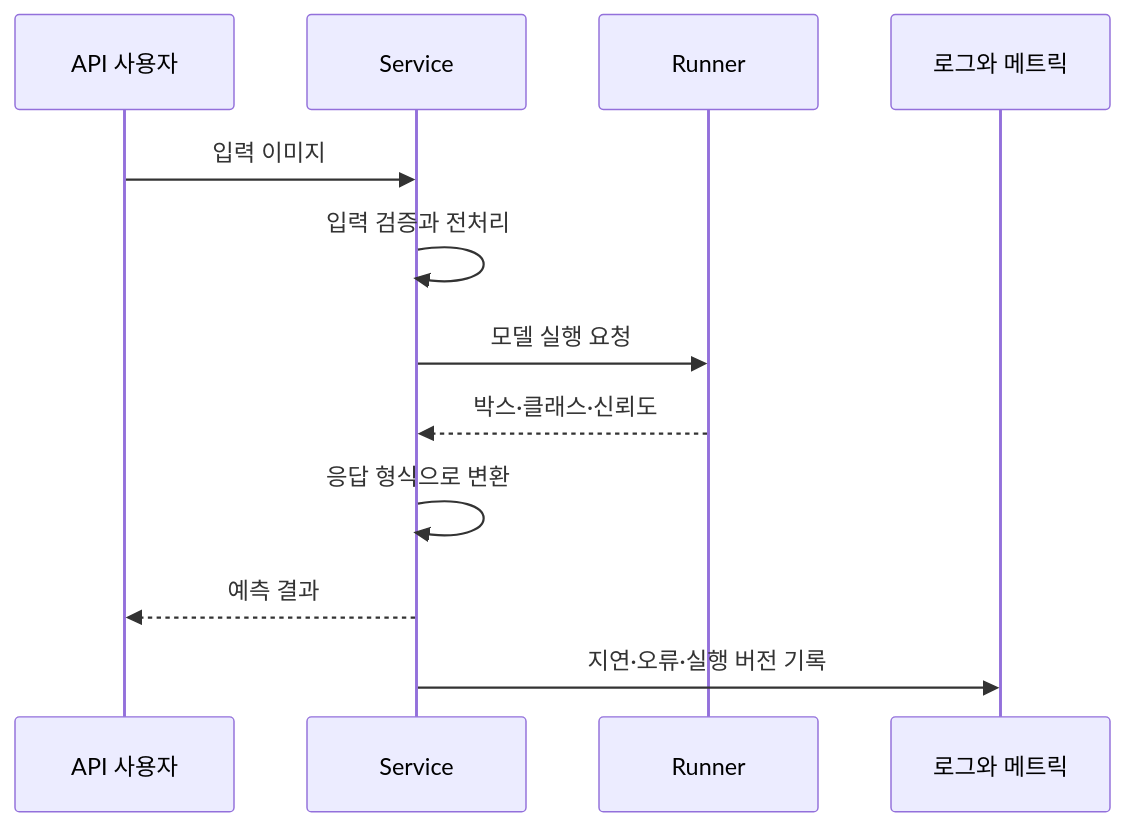
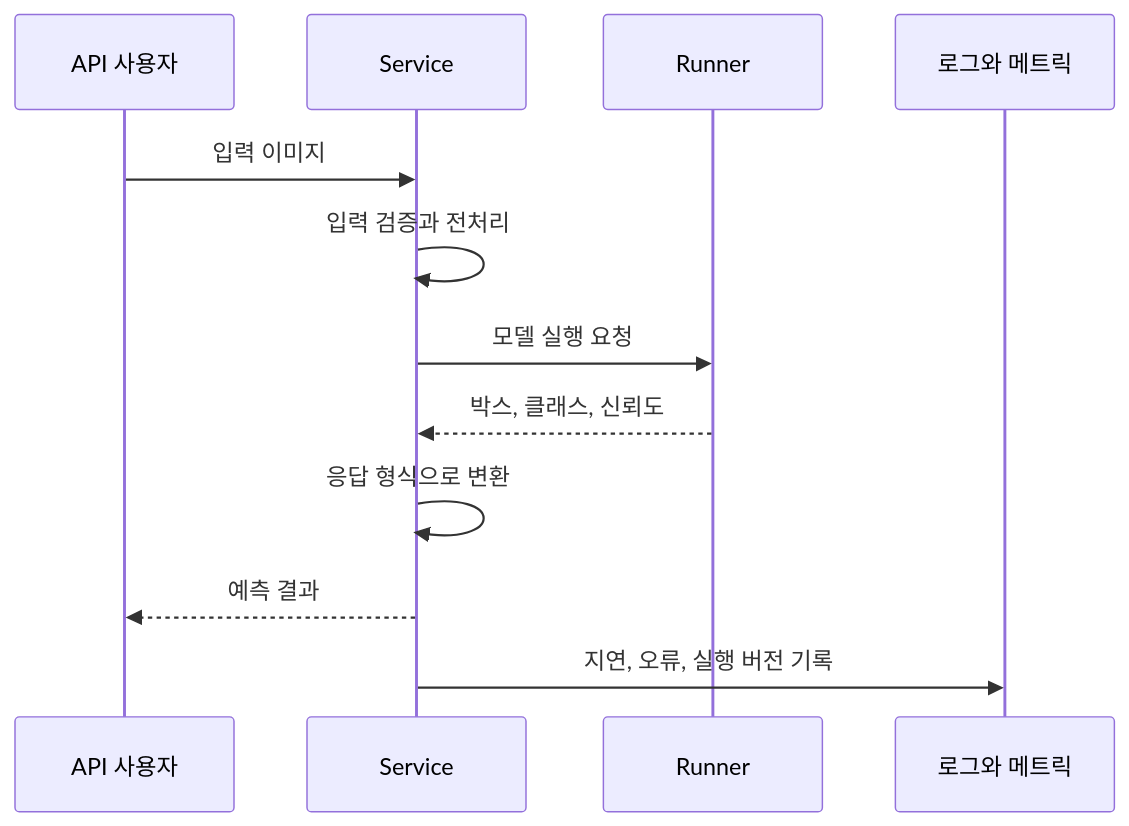
One commit to johklo/johklo.github.io changed the diagram in content/docs/tech/machine-learning-platform-engineering/10-inference-and-serving.md. Above: the diagram before and after it, drawn with Mermaid. The commit also changed other lines of this file and 14 other files, not shown here.

````diff
--- a/content/docs/tech/machine-learning-platform-engineering/10-inference-and-serving.md
+++ b/content/docs/tech/machine-learning-platform-engineering/10-inference-and-serving.md
@@ -22,16 +20,16 @@
 ```mermaid
 sequenceDiagram
     accTitle: API 요청 처리와 모델 실행의 책임 분리
     accDescr: Service가 요청을 검증하고 전처리한 뒤 Runner에 모델 실행을 요청합니다. 결과를 변환해 반환하고 요청 전반의 로그와 메트릭을 기록합니다.
     participant U as API 사용자
     participant S as Service
     participant R as Runner
     participant O as 로그와 메트릭
     U->>S: 입력 이미지
     S->>S: 입력 검증과 전처리
     S->>R: 모델 실행 요청
-    R-->>S: 박스·클래스·신뢰도
+    R-->>S: 박스, 클래스, 신뢰도
     S->>S: 응답 형식으로 변환
     S-->>U: 예측 결과
-    S->>O: 지연·오류·실행 버전 기록
+    S->>O: 지연, 오류, 실행 버전 기록
 ```
````
